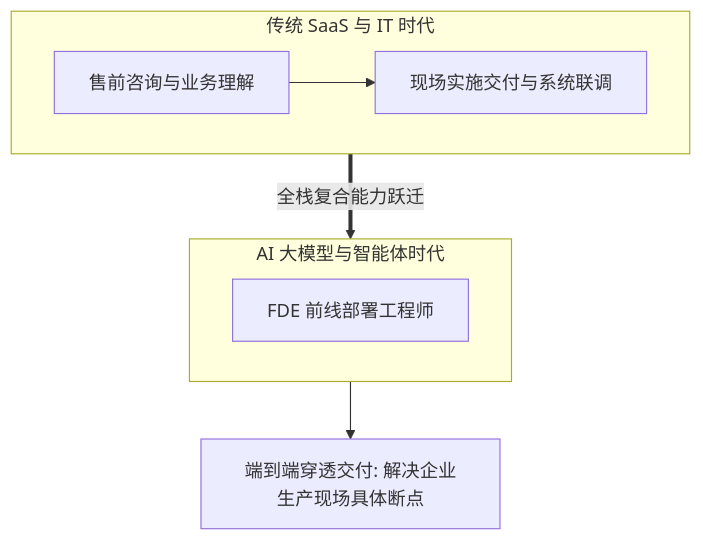
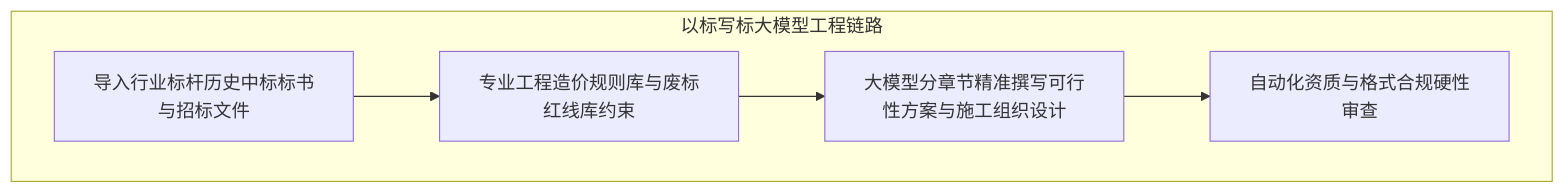
The sixth of 11 diagrams in content/live-20261102-01.md (dollarser/knowledge), drawn with Mermaid before and after one commit. The commit also changed other lines of this file and 1 other file, not shown here.

````diff
--- a/content/live-20261102-01.md
+++ b/content/live-20261102-01.md
@@ -11,15 +207,8 @@
 ```mermaid
 flowchart TD
-    subgraph Era1["传统 SaaS 与 IT 时代"]
-        A1["售前咨询与业务理解"] 
-        A2["现场实施交付与系统联调"]
-        A1 --> A2
+    subgraph Tender["以标写标大模型工程链路"]
+        T1["导入行业标杆历史中标标书与招标文件"] --> T2["专业工程造价规则库与废标红线库约束"]
+        T2 --> T3["大模型分章节精准撰写可行性方案与施工组织设计"]
+        T3 --> T4["自动化资质与格式合规硬性审查"]
     end
-    
-    subgraph Era2["AI 大模型与智能体时代"]
-        B["FDE 前线部署工程师"]
-    end
-    
-    Era1 ==>|全栈复合能力跃迁| Era2
-    Era2 --> C["端到端穿透交付: 解决企业生产现场具体断点"]
 ```
````
